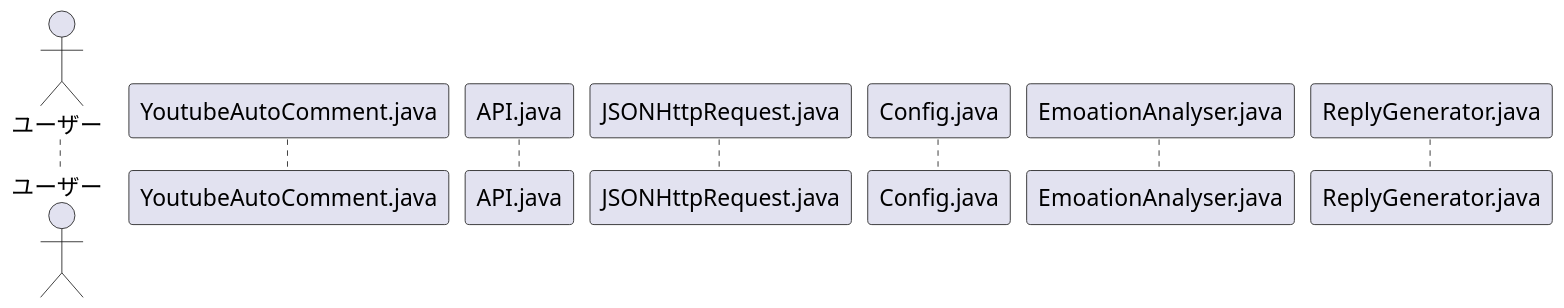
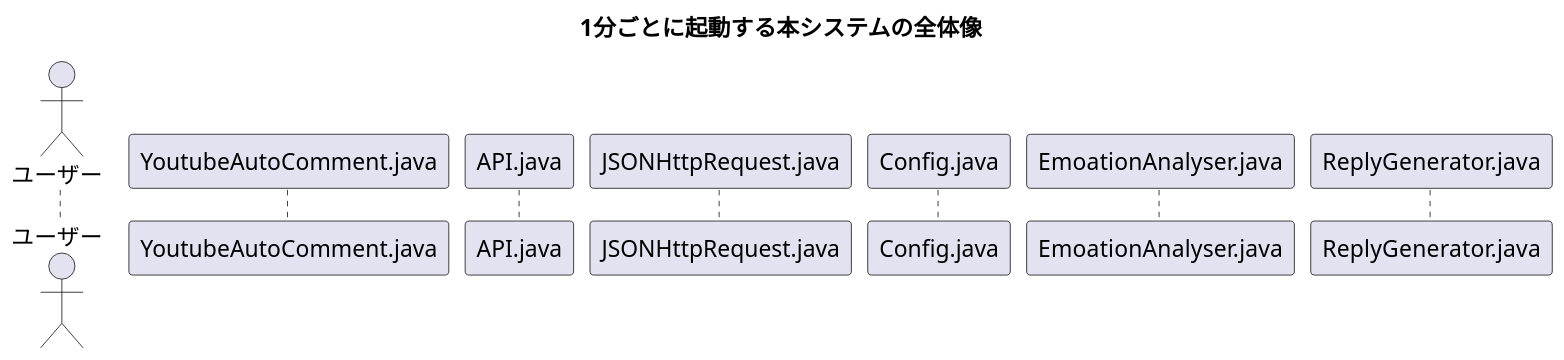
Before and after one commit to KataokaNagi/YoutubeAutoComment: the diagram in uml/YoutubeAutoComment_ScequenceDiagram.pu, drawn with PlantUML.

Commit message:
タイトルの作成

```diff
--- a/uml/YoutubeAutoComment_ScequenceDiagram.pu
+++ b/uml/YoutubeAutoComment_ScequenceDiagram.pu
@@ -13,23 +13,26 @@
 @startuml out/ScequenceDiagram.png
 scale 1.5
 skinparam DefaultFontName メイリオ
 ' 可視性の変更
 skinparam classAttributeIconSize 0
 
 ''''''''''''''''''''''''''''''''''''''''''''''''''
 
+title
+**1分ごとに起動する本システムの全体像**
+end title
 
 ''''''''''''''''''''''''''''''''''''''''''''''''''''''''''''''''''''''''''''''''
 
 actor ユーザー
 participant YoutubeAutoComment.java
 participant API.java
 participant JSONHttpRequest.java
 participant Config.java
 participant EmoationAnalyser.java
 participant ReplyGenerator.java
 
 
 ''''''''''''''''''''''''''''''''''''''''''''''''''''''''''''''''''''''''''''''''
 
 @enduml
```
